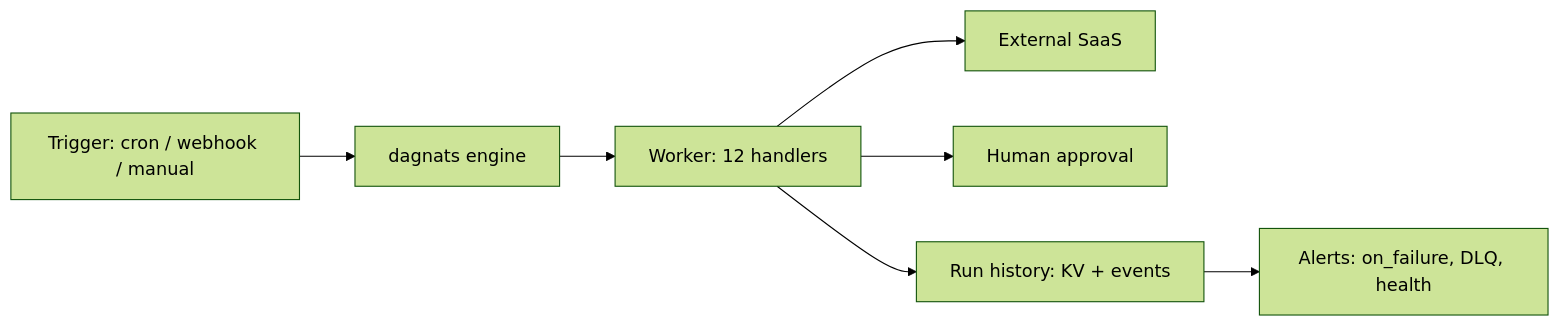
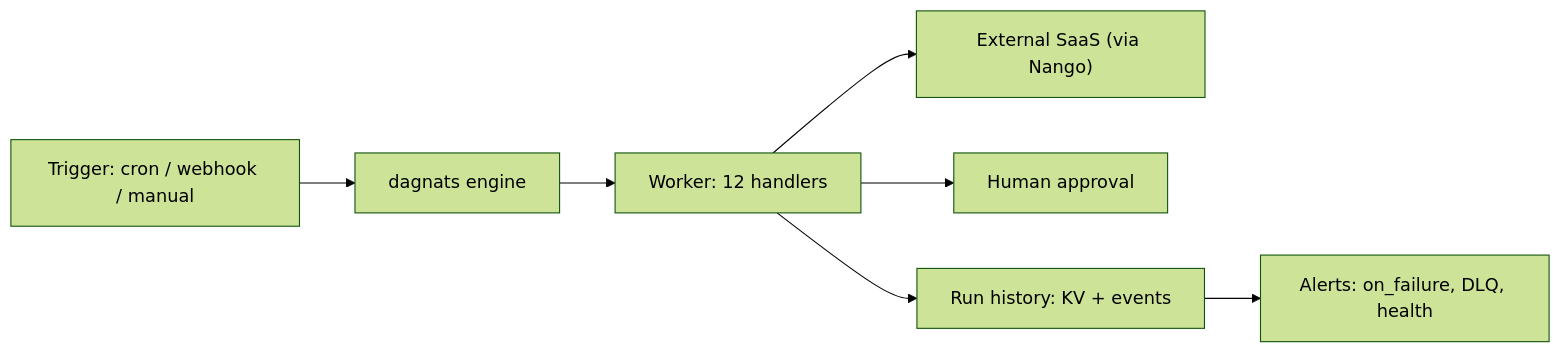
The third of 8 diagrams in docs/workflows.md (calionauta/turvez), drawn with Mermaid (forest theme) before and after one commit. The commit also changed other lines of this file and 46 other files, not shown here.

````diff
--- a/docs/workflows.md
+++ b/docs/workflows.md
@@ -24,9 +50,9 @@
 ```mermaid
 flowchart LR
     T["Trigger: cron / webhook / manual"] --> W["dagnats engine"]
     W --> K["Worker: 12 handlers"]
-    K --> S["External SaaS"]
+    K --> S["External SaaS (via Nango)"]
     K --> H["Human approval"]
     K --> R["Run history: KV + events"]
     R --> A["Alerts: on_failure, DLQ, health"]
 ```
````
